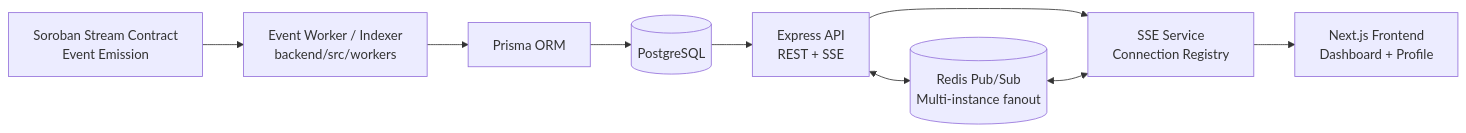
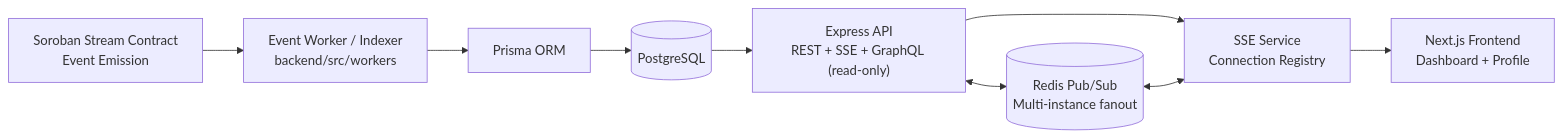
One commit to LabsCrypt/flowfi changed the first of 2 diagrams in docs/ARCHITECTURE.md. Above: the diagram before and after it, drawn with Mermaid. The commit also changed other lines of this file and 18 other files, not shown here.

First line of the commit message:
docs: document GraphQL, unify migration path, fix security intake, drop scratch files

````diff
--- a/docs/ARCHITECTURE.md
+++ b/docs/ARCHITECTURE.md
@@ -7,12 +7,12 @@
 ```mermaid
 flowchart LR
     C["Soroban Stream Contract\nEvent Emission"] --> W["Event Worker / Indexer\nbackend/src/workers"]
     W --> P["Prisma ORM"]
     P --> D[("PostgreSQL")]
-    D --> API["Express API\nREST + SSE"]
+    D --> API["Express API\nREST + SSE + GraphQL (read-only)"]
     API --> SSE["SSE Service\nConnection Registry"]
     SSE --> FE["Next.js Frontend\nDashboard + Profile"]
 
     API <--> R[("Redis Pub/Sub\nMulti-instance fanout")]
     R <--> SSE
 ```
````
